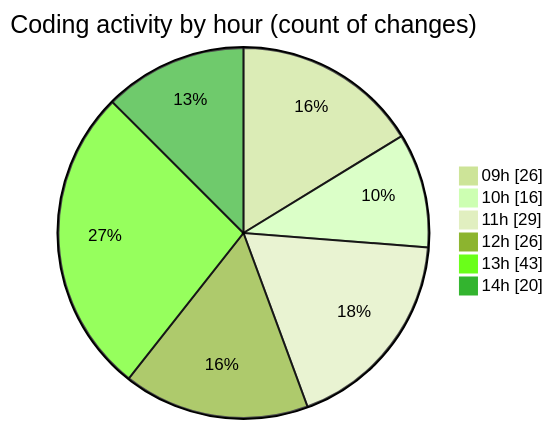
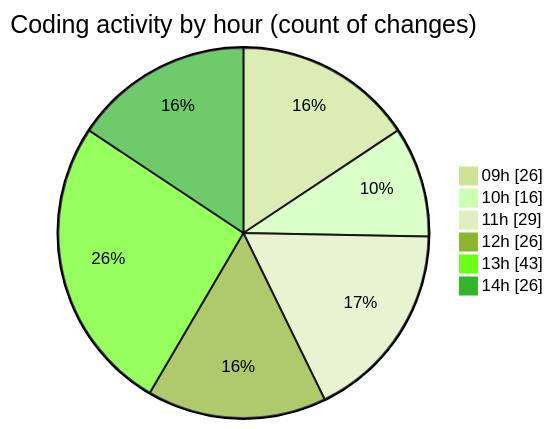
The second of 2 diagrams in 2025-11-17/cda/README.md (momahboobian/code-tracking), drawn with Mermaid (forest theme) before and after one commit. The commit also changed other lines of this file and 1 other file, not shown here.

````diff
--- a/2025-11-17/cda/README.md
+++ b/2025-11-17/cda/README.md
@@ -41,10 +41,10 @@
 ```mermaid
 pie showData
 title Coding activity by hour (count of changes)
 "09h" : 26
 "10h" : 16
 "11h" : 29
 "12h" : 26
 "13h" : 43
-"14h" : 20
+"14h" : 26
 ```
````
